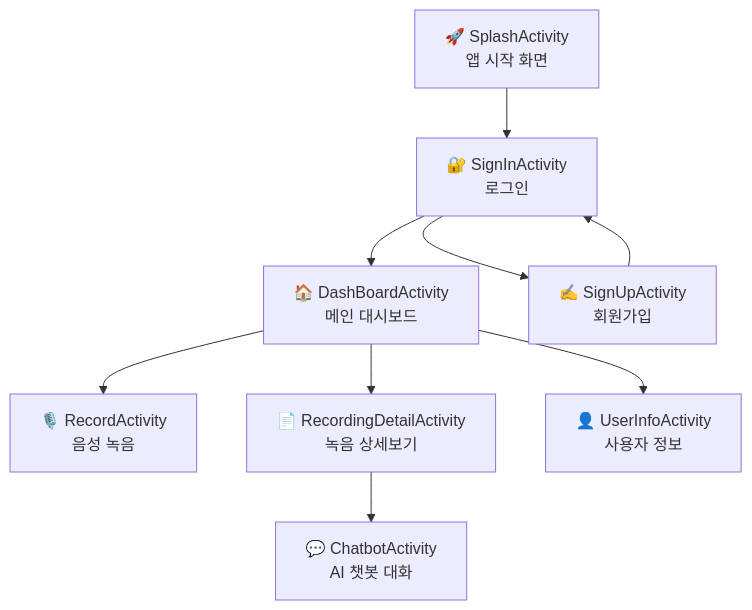
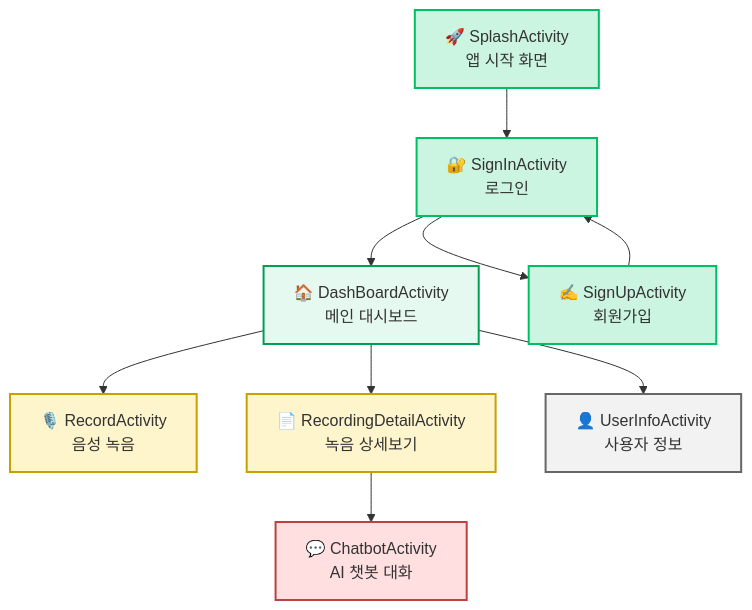
The second of 3 diagrams in README.md (taejinchoi-cbnu/NoTI), drawn with Mermaid before and after one commit. The commit also changed other lines of this file, not shown here.

````diff
--- a/README.md
+++ b/README.md
@@ -119,11 +133,25 @@
 ```mermaid
 graph TB
     A[🚀 SplashActivity<br/>앱 시작 화면] --> B[🔐 SignInActivity<br/>로그인]
     B --> C[🏠 DashBoardActivity<br/>메인 대시보드]
     B --> D[✍️ SignUpActivity<br/>회원가입]
     D --> B
     C --> E[🎙️ RecordActivity<br/>음성 녹음]
     C --> F[📄 RecordingDetailActivity<br/>녹음 상세보기]
     C --> G[👤 UserInfoActivity<br/>사용자 정보]
     F --> H[💬 ChatbotActivity<br/>AI 챗봇 대화]
+
+    %% 클래스 정의
+    classDef auth fill:#ccf5e1,stroke:#00bf63,stroke-width:2px;
+    classDef dashboard fill:#e6f9f0,stroke:#009e53,stroke-width:2px;
+    classDef record fill:#fff5cc,stroke:#c9a000,stroke-width:2px;
+    classDef user fill:#f2f2f2,stroke:#666666,stroke-width:2px;
+    classDef ai fill:#ffdfdf,stroke:#bf4040,stroke-width:2px;
+
+    %% 클래스 적용
+    class A,B,D auth;
+    class C dashboard;
+    class E,F record;
+    class G user;
+    class H ai;
 ```
````
